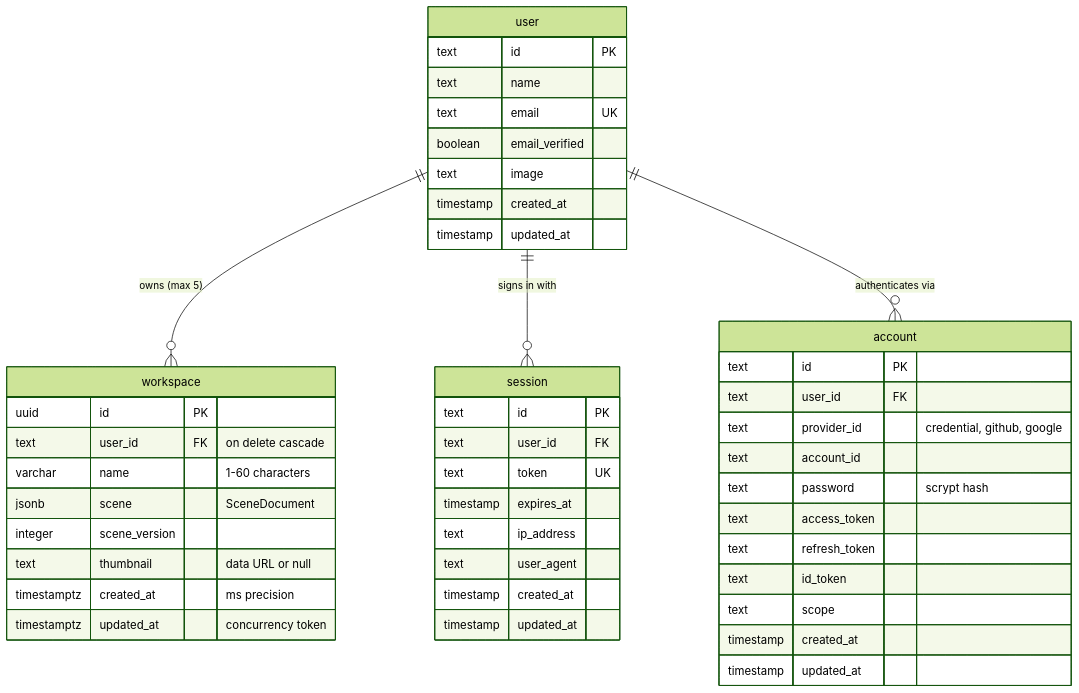
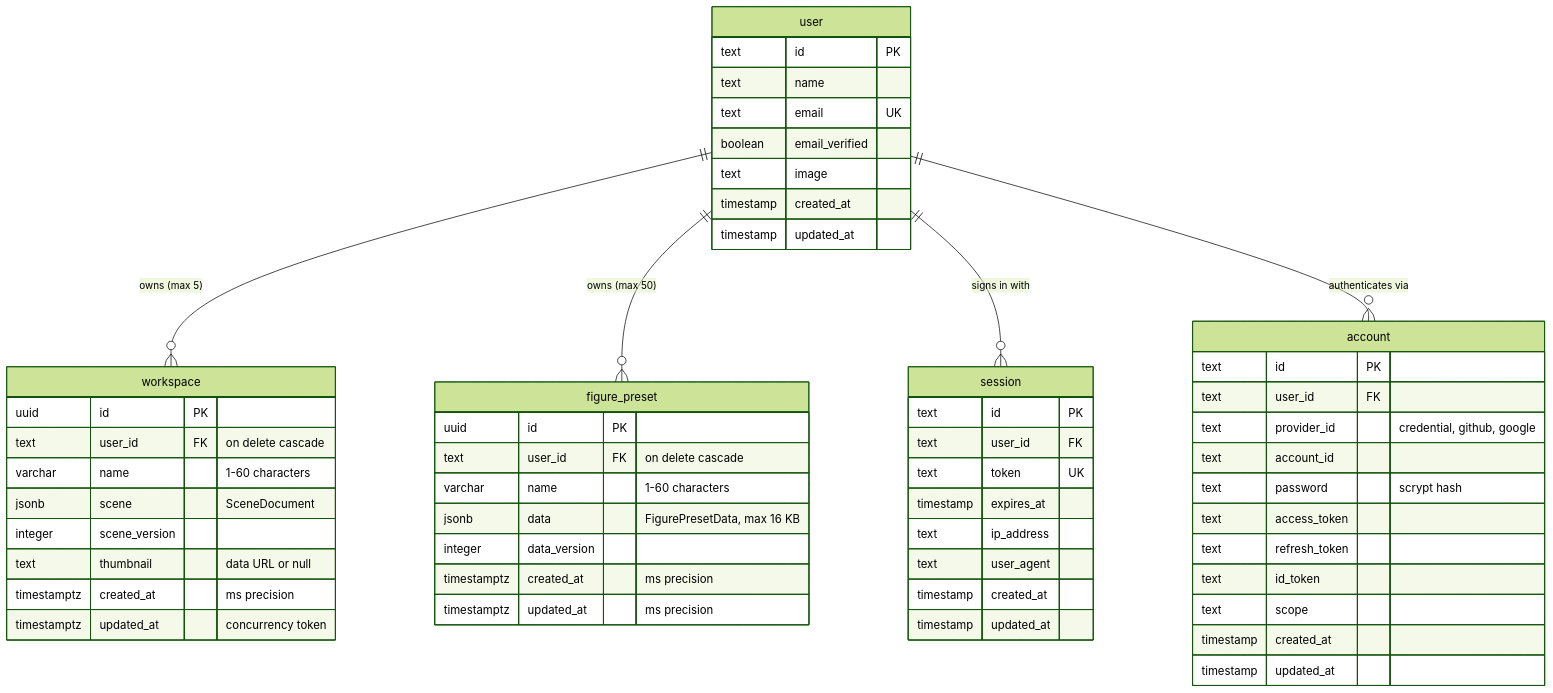
Before and after one commit to QuocThai-254/artikin: the diagram in docs/diagrams/04-data-model.mmd, drawn with Mermaid (forest theme). The commit also changed 15 other files, not shown here.

```diff
--- a/docs/diagrams/04-data-model.mmd
+++ b/docs/diagrams/04-data-model.mmd
@@ -1,46 +1,56 @@
 erDiagram
   user ||--o{ workspace : "owns (max 5)"
+  user ||--o{ figure_preset : "owns (max 50)"
   user ||--o{ session : "signs in with"
   user ||--o{ account : "authenticates via"
   user {
     text id PK
     text name
     text email UK
     boolean email_verified
     text image
     timestamp created_at
     timestamp updated_at
   }
   workspace {
     uuid id PK
     text user_id FK "on delete cascade"
     varchar name "1-60 characters"
     jsonb scene "SceneDocument"
     integer scene_version
     text thumbnail "data URL or null"
     timestamptz created_at "ms precision"
     timestamptz updated_at "concurrency token"
+  }
+  figure_preset {
+    uuid id PK
+    text user_id FK "on delete cascade"
+    varchar name "1-60 characters"
+    jsonb data "FigurePresetData, max 16 KB"
+    integer data_version
+    timestamptz created_at "ms precision"
+    timestamptz updated_at "ms precision"
   }
   session {
     text id PK
     text user_id FK
     text token UK
     timestamp expires_at
     text ip_address
     text user_agent
     timestamp created_at
     timestamp updated_at
   }
   account {
     text id PK
     text user_id FK
     text provider_id "credential, github, google"
     text account_id
     text password "scrypt hash"
     text access_token
     text refresh_token
     text id_token
     text scope
     timestamp created_at
     timestamp updated_at
   }
```
